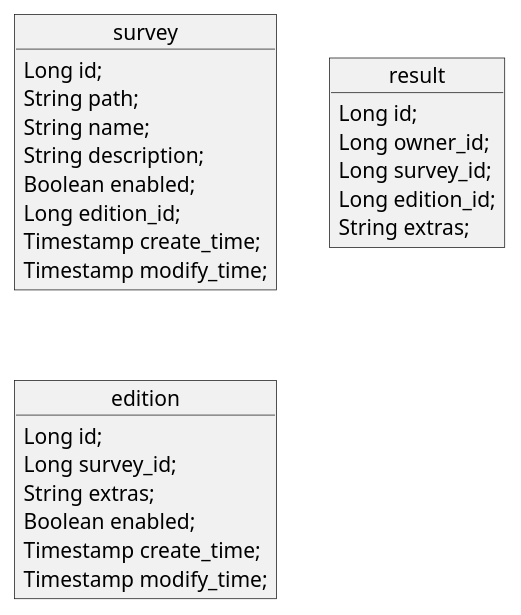
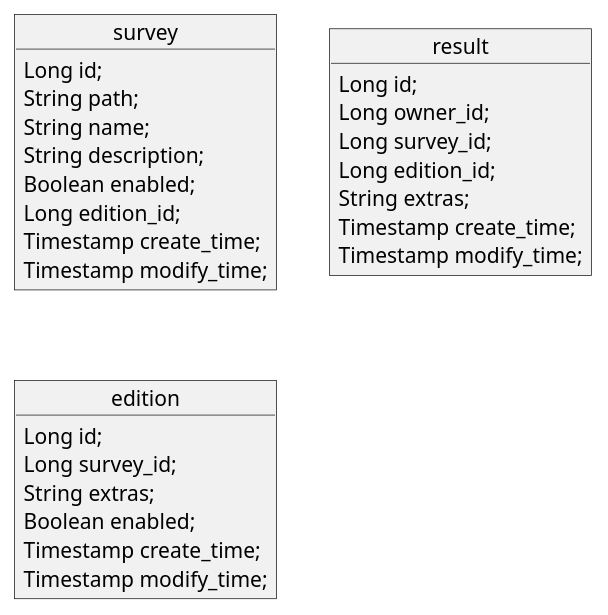
The diagram in db/survey.db.puml.md (cryS4tal/degign), drawn with PlantUML before and after one commit. The commit also changed 2 other files, not shown here.

Commit message:
fix: 1.add Result put/get {id} API /新增get,put接口      2.Result add new param createTime,modifyTime /答卷表新增创建时间，修改时间      3.getResults return remove extras /获取答卷列表不在返回extras

```diff
--- a/db/survey.db.puml.md
+++ b/db/survey.db.puml.md
@@ -1,48 +1,52 @@
 @startuml
 
 object survey {
     Long id;
 
     String path;
 
     String name;
 
     String description;
 
     Boolean enabled;
 
     Long edition_id;
 
     Timestamp create_time;
 
     Timestamp modify_time;
 }
 
 object result {
     Long id;
 
     Long owner_id;
 
     Long survey_id;
 
     Long edition_id;
 
     String extras;
+
+    Timestamp create_time;
+
+    Timestamp modify_time;
 }
 
 object edition {
     Long id;
 
     Long survey_id;
 
     String extras;
 
     Boolean enabled;
 
     Timestamp create_time;
 
     Timestamp modify_time;
 }
 
 
 @enduml
```
